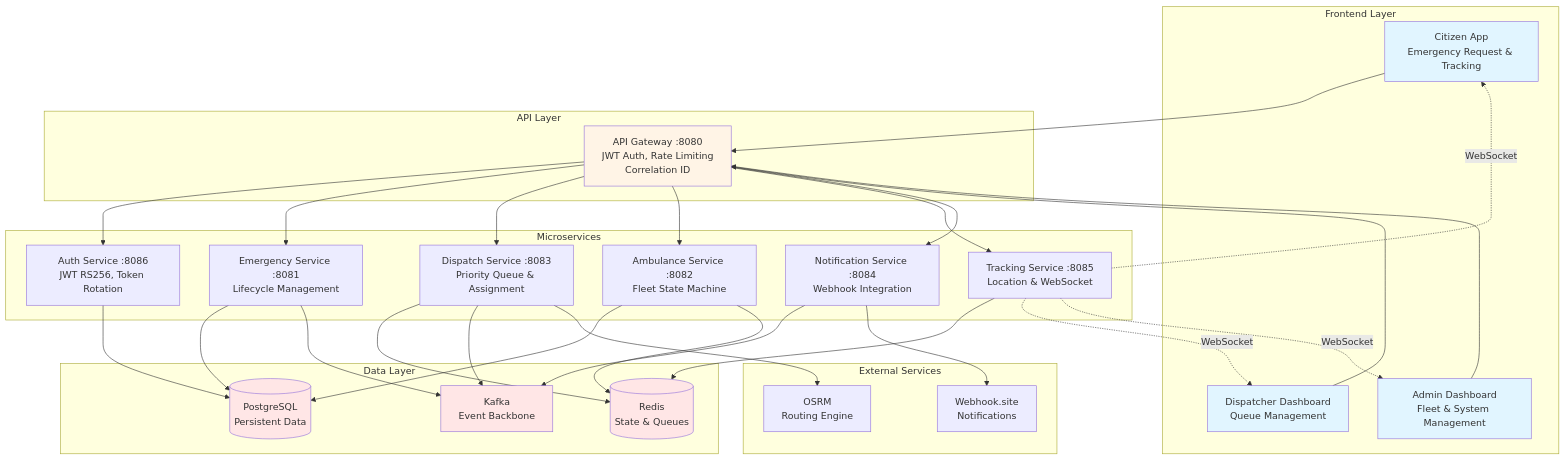
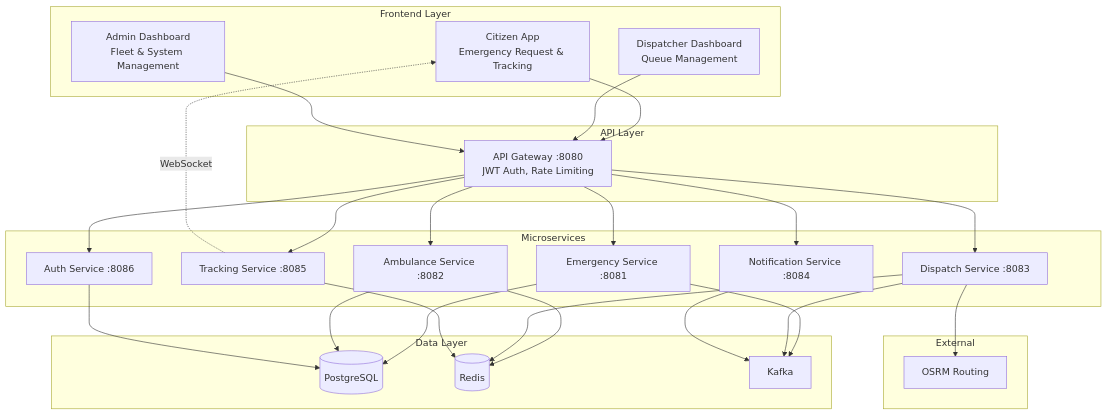
Before and after one commit to bhosalevivek04/Emergency-Dispatch-System: the first of 3 diagrams in README.md, drawn with Mermaid. The commit also changed other lines of this file, not shown here.

````diff
--- a/README.md
+++ b/README.md
@@ -26,69 +30,57 @@
 ```mermaid
 graph TB
     subgraph "Frontend Layer"
         Citizen[Citizen App<br/>Emergency Request & Tracking]
         Dispatcher[Dispatcher Dashboard<br/>Queue Management]
         Admin[Admin Dashboard<br/>Fleet & System Management]
     end
 
     subgraph "API Layer"
-        Gateway[API Gateway :8080<br/>JWT Auth, Rate Limiting<br/>Correlation ID]
+        Gateway[API Gateway :8080<br/>JWT Auth, Rate Limiting]
     end
 
     subgraph "Microservices"
-        Auth[Auth Service :8086<br/>JWT RS256, Token Rotation]
-        Emergency[Emergency Service :8081<br/>Lifecycle Management]
-        Dispatch[Dispatch Service :8083<br/>Priority Queue & Assignment]
-        Ambulance[Ambulance Service :8082<br/>Fleet State Machine]
-        Tracking[Tracking Service :8085<br/>Location & WebSocket]
-        Notification[Notification Service :8084<br/>Webhook Integration]
+        Auth[Auth Service :8086]
+        Emergency[Emergency Service :8081]
+        Dispatch[Dispatch Service :8083]
+        Ambulance[Ambulance Service :8082]
+        Tracking[Tracking Service :8085]
+        Notification[Notification Service :8084]
     end
 
     subgraph "Data Layer"
-        Postgres[(PostgreSQL<br/>Persistent Data)]
-        Redis[(Redis<br/>State & Queues)]
-        Kafka[Kafka<br/>Event Backbone]
+        Postgres[(PostgreSQL)]
+        Redis[(Redis)]
+        Kafka[Kafka]
     end
 
-    subgraph "External Services"
-        OSRM[OSRM<br/>Routing Engine]
-        Webhook[Webhook.site<br/>Notifications]
+    subgraph "External"
+        OSRM[OSRM Routing]
     end
 
     Citizen --> Gateway
     Dispatcher --> Gateway
     Admin --> Gateway
     
     Gateway --> Auth
     Gateway --> Emergency
     Gateway --> Dispatch
     Gateway --> Ambulance
     Gateway --> Tracking
     Gateway --> Notification
 
     Emergency --> Postgres
     Emergency --> Kafka
     Ambulance --> Postgres
     Ambulance --> Redis
     Auth --> Postgres
     
     Dispatch --> Redis
     Dispatch --> Kafka
     Dispatch --> OSRM
     
     Tracking --> Redis
     Tracking -.WebSocket.-> Citizen
-    Tracking -.WebSocket.-> Dispatcher
-    Tracking -.WebSocket.-> Admin
     
     Notification --> Kafka
-    Notification --> Webhook
-
-    style Citizen fill:#e1f5ff
-    style Dispatcher fill:#e1f5ff
-    style Admin fill:#e1f5ff
-    style Gateway fill:#fff4e6
-    style Kafka fill:#ffe6e6
-    style Redis fill:#ffe6e6
-    style Postgres fill:#ffe6e6
 ```
````
